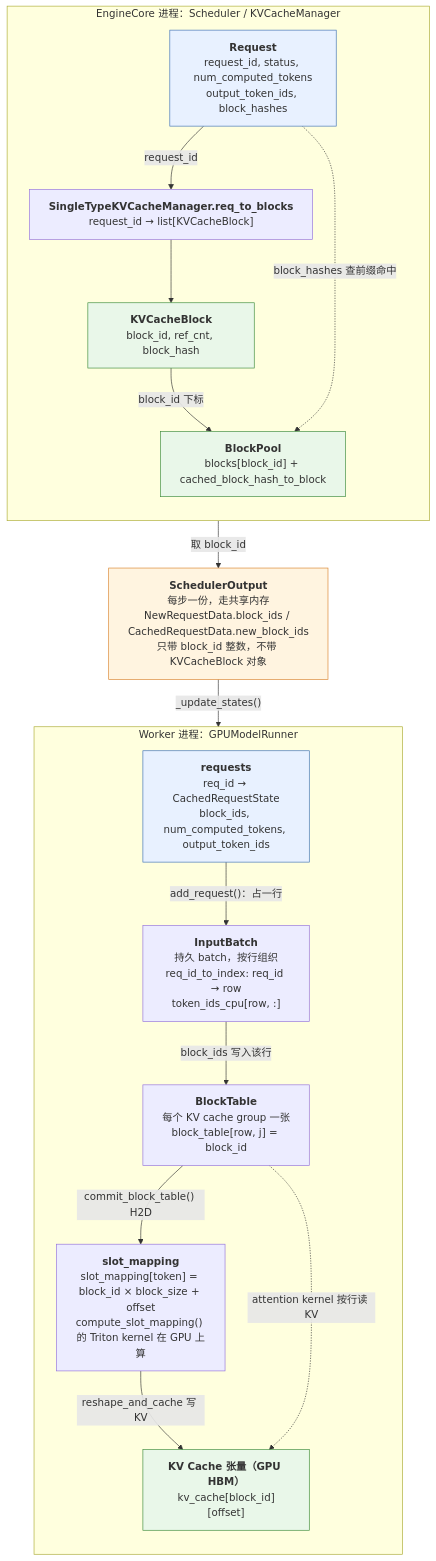
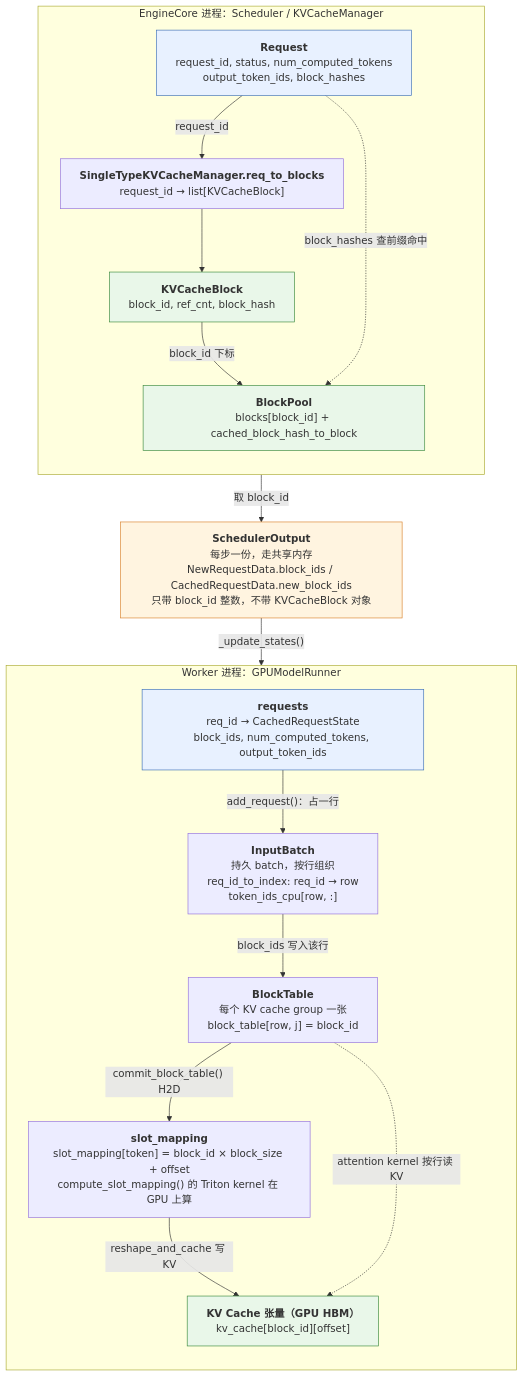
One commit to arganzheng/arganzheng.github.com changed the fourth of 11 diagrams in _posts/2026-08-14-vllm-request-lifecycle-overview.md. Above: the diagram before and after it, drawn with Mermaid. The commit also changed other lines of this file and 14 other files, not shown here.

````diff
--- a/_posts/2026-08-14-vllm-request-lifecycle-overview.md
+++ b/_posts/2026-08-14-vllm-request-lifecycle-overview.md
@@ -308,36 +308,37 @@
 ```mermaid
+%%{init: {"flowchart": {"wrappingWidth": 380}}}%%
 %% 图：四个域里对象的两把钥匙：request_id 把 Request 连到 KVCacheBlock，跨进程只传 block_id 整数，Worker 用它填 BlockTable
 flowchart TB
     subgraph SB["EngineCore 进程：Scheduler / KVCacheManager"]
         direction TB
         REQ["<b>Request</b><br/>request_id, status, num_computed_tokens<br/>output_token_ids, block_hashes"]
         R2B["<b>SingleTypeKVCacheManager.req_to_blocks</b><br/>request_id → list#91;KVCacheBlock#93;"]
         BLK["<b>KVCacheBlock</b><br/>block_id, ref_cnt, block_hash"]
         POOL["<b>BlockPool</b><br/>blocks#91;block_id#93; + cached_block_hash_to_block"]
     end
     SO["<b>SchedulerOutput</b><br/>每步一份，走共享内存<br/>NewRequestData.block_ids / CachedRequestData.new_block_ids<br/>只带 block_id 整数，不带 KVCacheBlock 对象"]
     subgraph SC["Worker 进程：GPUModelRunner"]
         direction TB
         CRS["<b>requests</b><br/>req_id → CachedRequestState<br/>block_ids, num_computed_tokens, output_token_ids"]
         IB["<b>InputBatch</b><br/>持久 batch，按行组织<br/>req_id_to_index: req_id → row<br/>token_ids_cpu#91;row, :#93;"]
         BT["<b>BlockTable</b><br/>每个 KV cache group 一张<br/>block_table#91;row, j#93; = block_id"]
         SM["<b>slot_mapping</b><br/>slot_mapping#91;token#93; = block_id × block_size + offset<br/>compute_slot_mapping() 的 Triton kernel 在 GPU 上算"]
         KV["<b>KV Cache 张量（GPU HBM）</b><br/>kv_cache#91;block_id#93;#91;offset#93;"]
     end
     REQ -- "request_id" --> R2B --> BLK
     BLK -- "block_id 下标" --> POOL
     REQ -. "block_hashes 查前缀命中" .-> POOL
     R2B -- "取 block_id" --> SO
     SO -- "_update_states()" --> CRS
     CRS -- "add_request()：占一行" --> IB
     IB -- "block_ids 写入该行" --> BT
     BT -- "commit_block_table() H2D" --> SM
     SM -- "reshape_and_cache 写 KV" --> KV
     BT -. "attention kernel 按行读 KV" .-> KV
     classDef state fill:#e8f1ff,stroke:#3b6fb6;
     classDef msg fill:#fff4e0,stroke:#d9822b;
     classDef mem fill:#e9f7e9,stroke:#3a8a3a;
     class REQ,CRS state;
     class SO msg;
     class BLK,POOL,KV mem;
 ```
````
